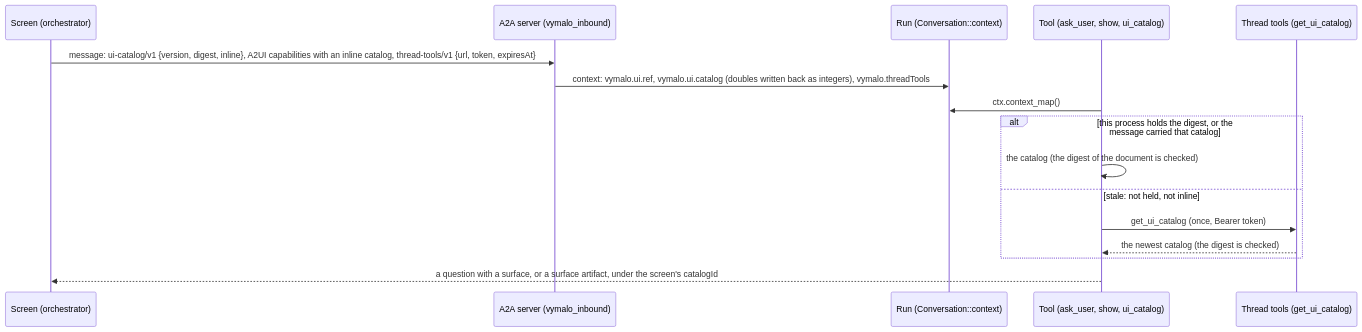
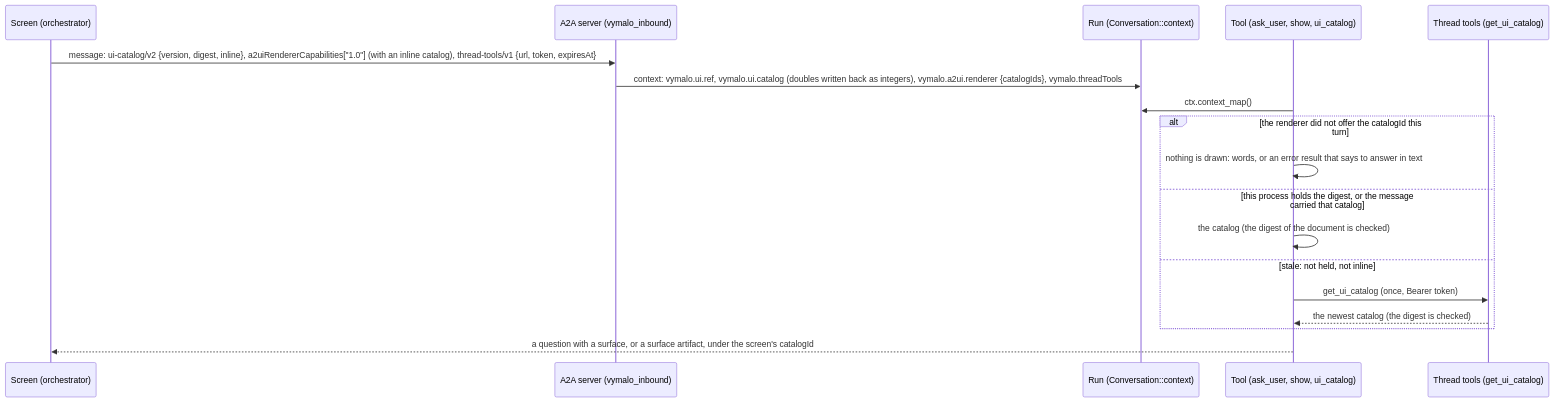
The first of 2 diagrams in crates/adam-ui/README.md (vymalo/another-adam-rs), drawn with Mermaid before and after one commit. The commit also changed other lines of this file and 80 other files, not shown here.

````diff
--- a/crates/adam-ui/README.md
+++ b/crates/adam-ui/README.md
@@ -343,18 +348,20 @@
 ```mermaid
 sequenceDiagram
     participant S as Screen (orchestrator)
     participant A as A2A server (vymalo_inbound)
     participant R as Run (Conversation::context)
     participant T as Tool (ask_user, show, ui_catalog)
     participant E as Thread tools (get_ui_catalog)
-    S->>A: message: ui-catalog/v1 {version, digest, inline}, A2UI capabilities with an inline catalog, thread-tools/v1 {url, token, expiresAt}
-    A->>R: context: vymalo.ui.ref, vymalo.ui.catalog (doubles written back as integers), vymalo.threadTools
+    S->>A: message: ui-catalog/v2 {version, digest, inline}, a2uiRendererCapabilities["1.0"] (with an inline catalog), thread-tools/v1 {url, token, expiresAt}
+    A->>R: context: vymalo.ui.ref, vymalo.ui.catalog (doubles written back as integers), vymalo.a2ui.renderer {catalogIds}, vymalo.threadTools
     T->>R: ctx.context_map()
-    alt this process holds the digest, or the message carried that catalog
+    alt the renderer did not offer the catalogId this turn
+        T->>T: nothing is drawn: words, or an error result that says to answer in text
+    else this process holds the digest, or the message carried that catalog
         T->>T: the catalog (the digest of the document is checked)
     else stale: not held, not inline
         T->>E: get_ui_catalog (once, Bearer token)
         E-->>T: the newest catalog (the digest is checked)
     end
     T-->>S: a question with a surface, or a surface artifact, under the screen's catalogId
 ```
````
